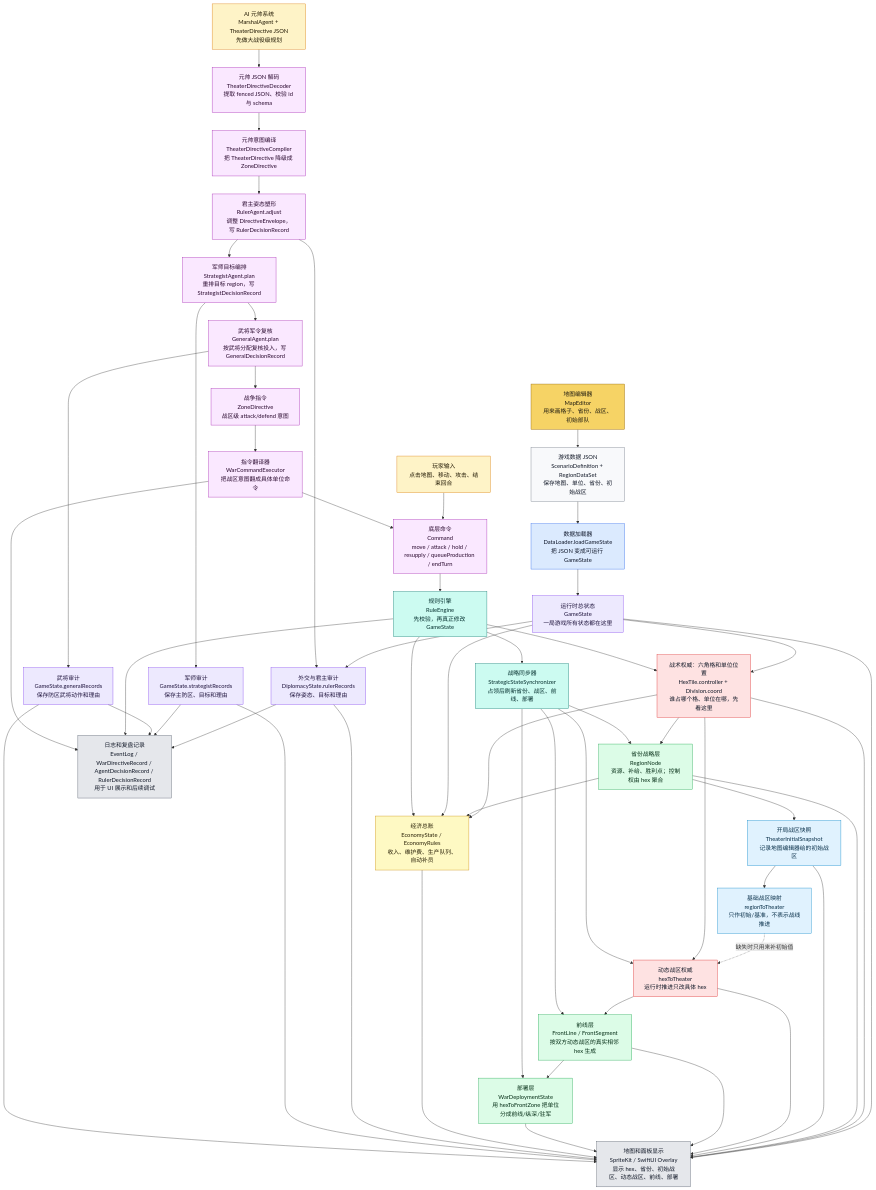
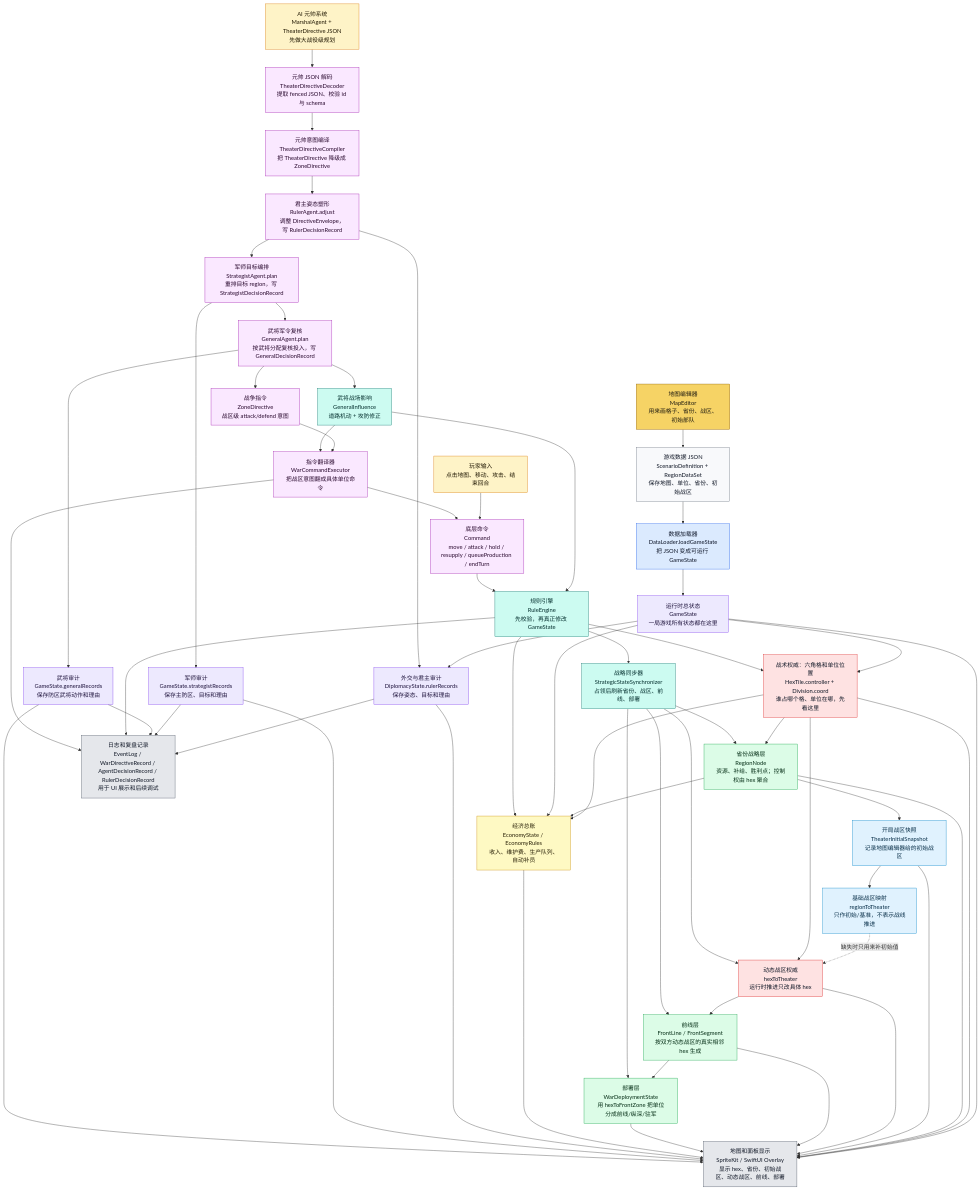
Before and after one commit to Altman-sam114/121: the first of 9 diagrams in md/flow/flowchart.md, drawn with Mermaid. The commit also changed other lines of this file and 17 other files, not shown here.

Commit message:
feat(rules): apply general road combat influence

```diff
--- a/md/flow/flowchart.md
+++ b/md/flow/flowchart.md
@@ -70,6 +70,7 @@
     RULER["君主姿态塑形<br/>RulerAgent.adjust<br/>调整 DirectiveEnvelope，写 RulerDecisionRecord"]:::command
     STRAT["军师目标编排<br/>StrategistAgent.plan<br/>重排目标 region，写 StrategistDecisionRecord"]:::command
     GENA["武将军令复核<br/>GeneralAgent.plan<br/>按武将分配复核投入，写 GeneralDecisionRecord"]:::command
+    GINF["武将战场影响<br/>GeneralInfluence<br/>道路机动 + 攻防修正"]:::rules
     ZD["战争指令<br/>ZoneDirective<br/>战区级 attack/defend 意图"]:::command
     WCE["指令翻译器<br/>WarCommandExecutor<br/>把战区意图翻成具体单位命令"]:::command
     CMD["底层命令<br/>Command<br/>move / attack / hold / resupply / queueProduction / endTurn"]:::command
@@ -97,6 +98,9 @@
 
     PLAYER --> CMD
     AI --> DEC --> COMP --> RULER --> STRAT --> GENA --> ZD --> WCE --> CMD
+    GENA --> GINF
+    GINF --> WCE
+    GINF --> RE
     RULER --> DIP
     STRAT --> SREC
     GENA --> GREC
```
